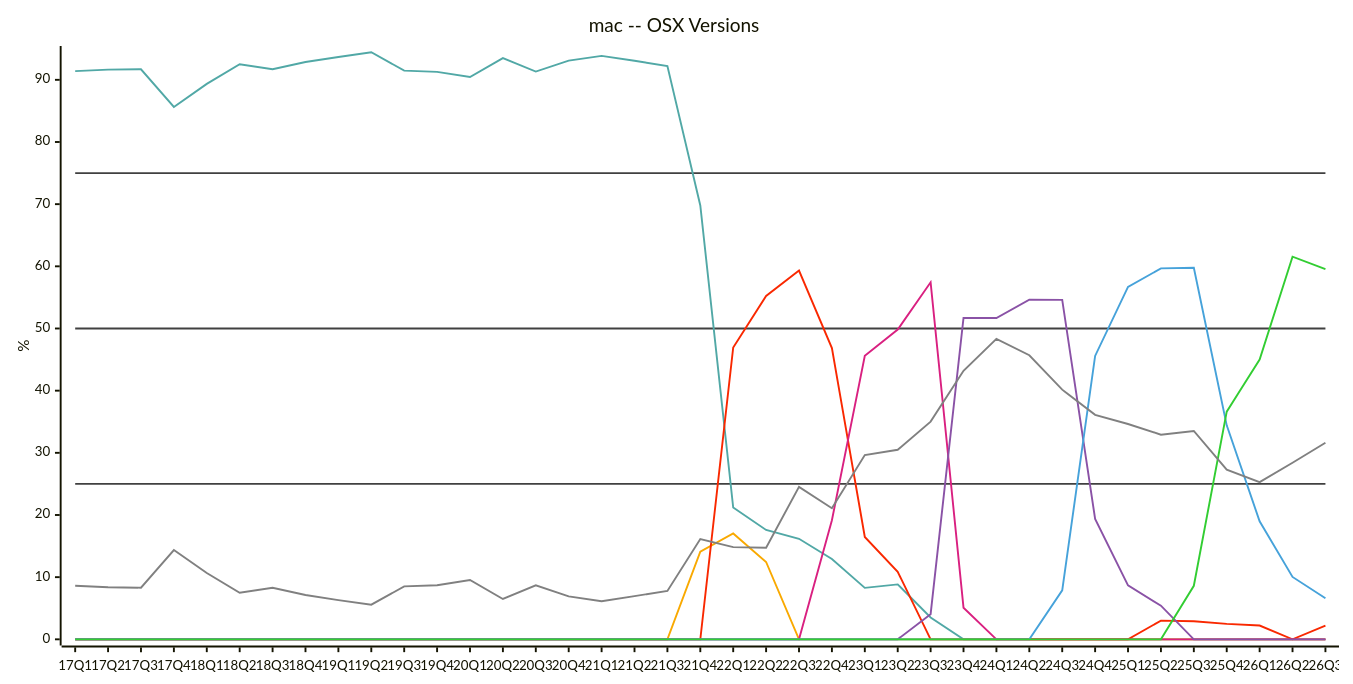
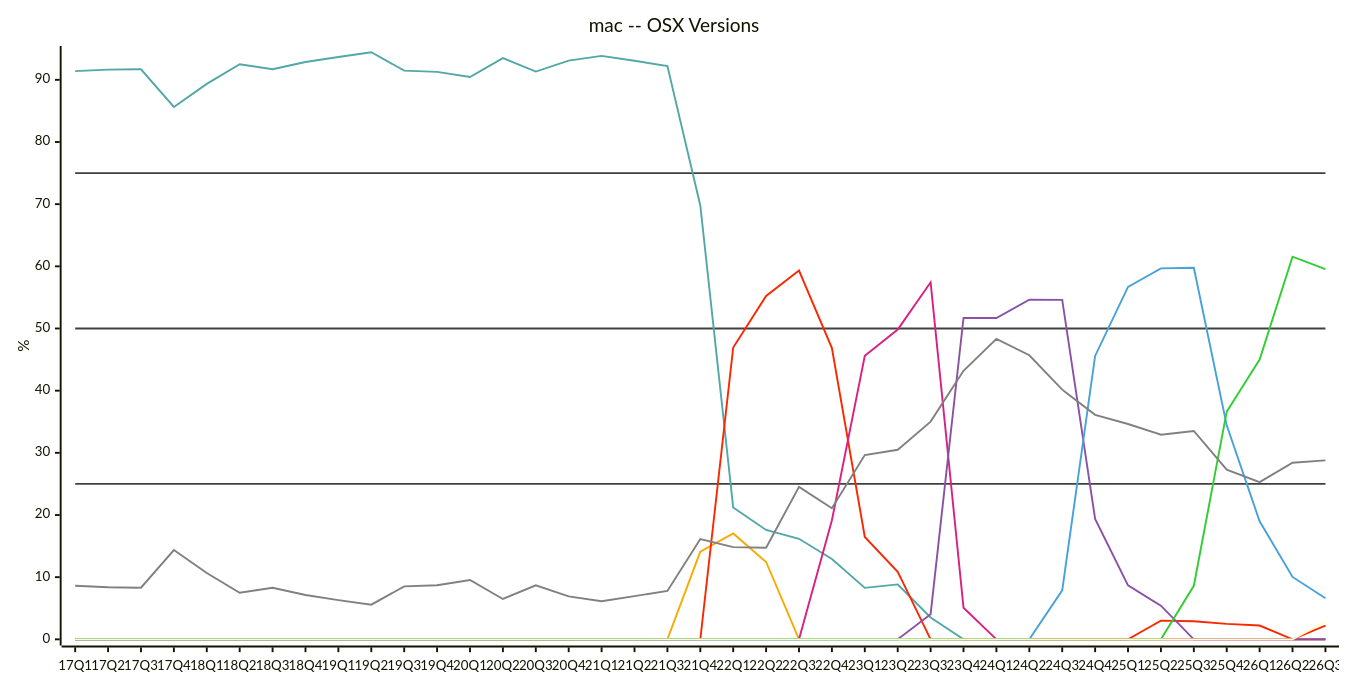
One commit to jdegene/steamHWsurvey changed diagram 17 of 31 in README.md. Above: the diagram before and after it, drawn with Mermaid. The commit also changed other lines of this file and 1 other file, not shown here.

Commit message:
added OSX 27

````diff
--- a/README.md
+++ b/README.md
@@ -580,29 +580,30 @@
 ```mermaid
 ---
 config:
     xyChart:
         width: 1400
         height: 700
         
     themeVariables:
         xyChart:
-            plotColorPalette: "#404040,#404040,#404040,#51a8a6,#f9a900,#f92800,#d92080,#8a52a6,#46a2da,#32CD32,#808080"
+            plotColorPalette: "#404040,#404040,#404040,#51a8a6,#f9a900,#f92800,#d92080,#8a52a6,#46a2da,#32CD32,#FFFDD0,#808080"
 
 --- 
 
 xychart-beta
     title "mac -- OSX Versions"
     x-axis [17Q1, 17Q2, 17Q3, 17Q4, 18Q1, 18Q2, 18Q3, 18Q4, 19Q1, 19Q2, 19Q3, 19Q4, 20Q1, 20Q2, 20Q3, 20Q4, 21Q1, 21Q2, 21Q3, 21Q4, 22Q1, 22Q2, 22Q3, 22Q4, 23Q1, 23Q2, 23Q3, 23Q4, 24Q1, 24Q2, 24Q3, 24Q4, 25Q1, 25Q2, 25Q3, 25Q4, 26Q1, 26Q2, 26Q3]
     y-axis "%" 
  line [25, 25, 25, 25, 25, 25, 25, 25, 25, 25, 25, 25, 25, 25, 25, 25, 25, 25, 25, 25, 25, 25, 25, 25, 25, 25, 25, 25, 25, 25, 25, 25, 25, 25, 25, 25, 25, 25, 25]
  line [50, 50, 50, 50, 50, 50, 50, 50, 50, 50, 50, 50, 50, 50, 50, 50, 50, 50, 50, 50, 50, 50, 50, 50, 50, 50, 50, 50, 50, 50, 50, 50, 50, 50, 50, 50, 50, 50, 50]
  line [75, 75, 75, 75, 75, 75, 75, 75, 75, 75, 75, 75, 75, 75, 75, 75, 75, 75, 75, 75, 75, 75, 75, 75, 75, 75, 75, 75, 75, 75, 75, 75, 75, 75, 75, 75, 75, 75, 75]
     line [91.39999999999999, 91.63333333333333, 91.69999999999999, 85.64, 89.34333333333333, 92.515, 91.70333333333333, 92.86666666666666, 93.67999999999999, 94.44, 91.48333333333333, 91.28666666666666, 90.46, 93.5, 91.325, 93.10000000000001, 93.85666666666667, 93.06, 92.21000000000001, 69.78999999999999, 21.2, 17.6, 16.17, 12.925, 8.28, 8.836666666666666, 3.51, 0, 0, 0, 0, 0, 0, 0, 0, 0, 0, 0, 0]
     line [0, 0, 0, 0, 0, 0, 0, 0, 0, 0, 0, 0, 0, 0, 0, 0, 0, 0, 0, 14.09, 17.03, 12.44, 0, 0, 0, 0, 0, 0, 0, 0, 0, 0, 0, 0, 0, 0, 0, 0, 0]
     line [0, 0, 0, 0, 0, 0, 0, 0, 0, 0, 0, 0, 0, 0, 0, 0, 0, 0, 0, 0, 46.945, 55.24, 59.32000000000001, 46.839999999999996, 16.465000000000003, 10.86, 0, 0, 0, 0, 0, 0, 0, 3.0, 2.91, 2.4899999999999998, 2.22, 0, 2.22]
     line [0, 0, 0, 0, 0, 0, 0, 0, 0, 0, 0, 0, 0, 0, 0, 0, 0, 0, 0, 0, 0, 0, 0, 19.145, 45.595, 49.82, 57.43000000000001, 5.09, 0, 0, 0, 0, 0, 0, 0, 0, 0, 0, 0]
     line [0, 0, 0, 0, 0, 0, 0, 0, 0, 0, 0, 0, 0, 0, 0, 0, 0, 0, 0, 0, 0, 0, 0, 0, 0, 0, 4.04, 51.71, 51.68000000000001, 54.62666666666666, 54.59666666666667, 19.37333333333333, 8.683333333333334, 5.413333333333333, 0, 0, 0, 0, 0]
     line [0, 0, 0, 0, 0, 0, 0, 0, 0, 0, 0, 0, 0, 0, 0, 0, 0, 0, 0, 0, 0, 0, 0, 0, 0, 0, 0, 0, 0, 0, 7.869999999999999, 45.58333333333333, 56.68333333333333, 59.66666666666667, 59.776666666666664, 34.416666666666664, 18.98666666666666, 10.036666666666665, 6.61]
     line [0, 0, 0, 0, 0, 0, 0, 0, 0, 0, 0, 0, 0, 0, 0, 0, 0, 0, 0, 0, 0, 0, 0, 0, 0, 0, 0, 0, 0, 0, 0, 0, 0, 0, 8.610000000000001, 36.626666666666665, 45.013333333333335, 61.55999999999998, 59.55999999999999]
-    line [8.61, 8.373333333333333, 8.3, 14.356666666666666, 10.673333333333336, 7.489999999999999, 8.296666666666667, 7.13, 6.3133333333333335, 5.57, 8.52, 8.709999999999999, 9.55, 6.49, 8.68, 6.905, 6.136666666666666, 6.946666666666666, 7.785, 16.12, 14.829999999999998, 14.719999999999999, 24.52, 21.085, 29.65, 30.493333333333332, 35.02, 43.205, 48.32, 45.7, 40.160000000000004, 36.11333333333333, 34.63666666666666, 32.92, 33.513333333333335, 27.30333333333333, 25.290000000000003, 28.4, 31.619999999999994]
+    line [0, 0, 0, 0, 0, 0, 0, 0, 0, 0, 0, 0, 0, 0, 0, 0, 0, 0, 0, 0, 0, 0, 0, 0, 0, 0, 0, 0, 0, 0, 0, 0, 0, 0, 0, 0, 0, 0, 2.83999999999999]
+    line [8.61, 8.373333333333333, 8.3, 14.356666666666666, 10.673333333333336, 7.489999999999999, 8.296666666666667, 7.13, 6.3133333333333335, 5.57, 8.52, 8.709999999999999, 9.55, 6.49, 8.68, 6.905, 6.136666666666666, 6.946666666666666, 7.785, 16.12, 14.829999999999998, 14.719999999999999, 24.52, 21.085, 29.65, 30.493333333333332, 35.02, 43.205, 48.32, 45.7, 40.160000000000004, 36.11333333333333, 34.63666666666666, 32.92, 33.513333333333335, 27.30333333333333, 25.290000000000003, 28.4, 28.78]
 ``` 
````
